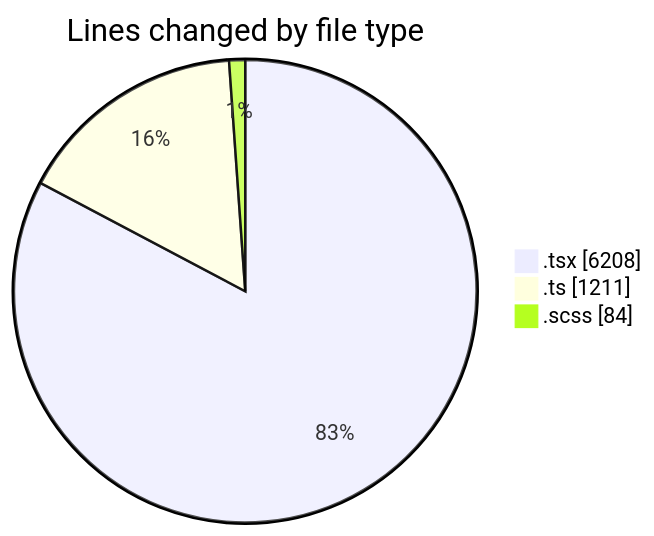
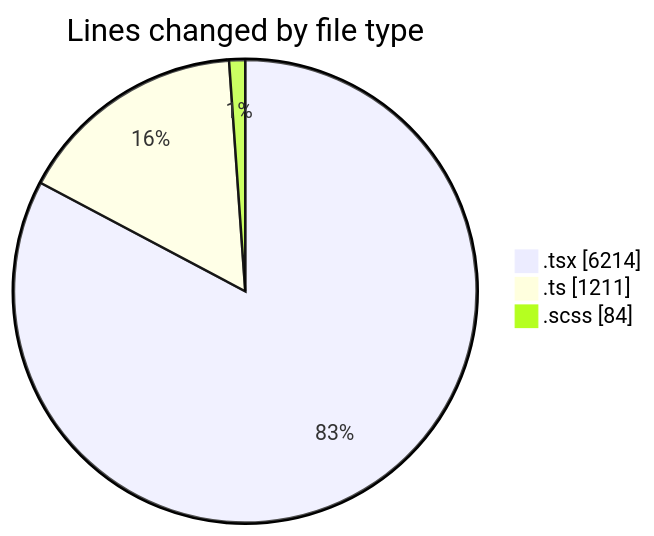
One commit to momahboobian/code-tracking changed the first of 2 diagrams in 2025-07-02/cda/README.md. Above: the diagram before and after it, drawn with Mermaid. The commit also changed other lines of this file and 1 other file, not shown here.

````diff
--- a/2025-07-02/cda/README.md
+++ b/2025-07-02/cda/README.md
@@ -38,7 +38,7 @@
 ```mermaid
 pie showData
 title Lines changed by file type
-".tsx" : 6208
+".tsx" : 6214
 ".ts" : 1211
 ".scss" : 84
 ```
````
